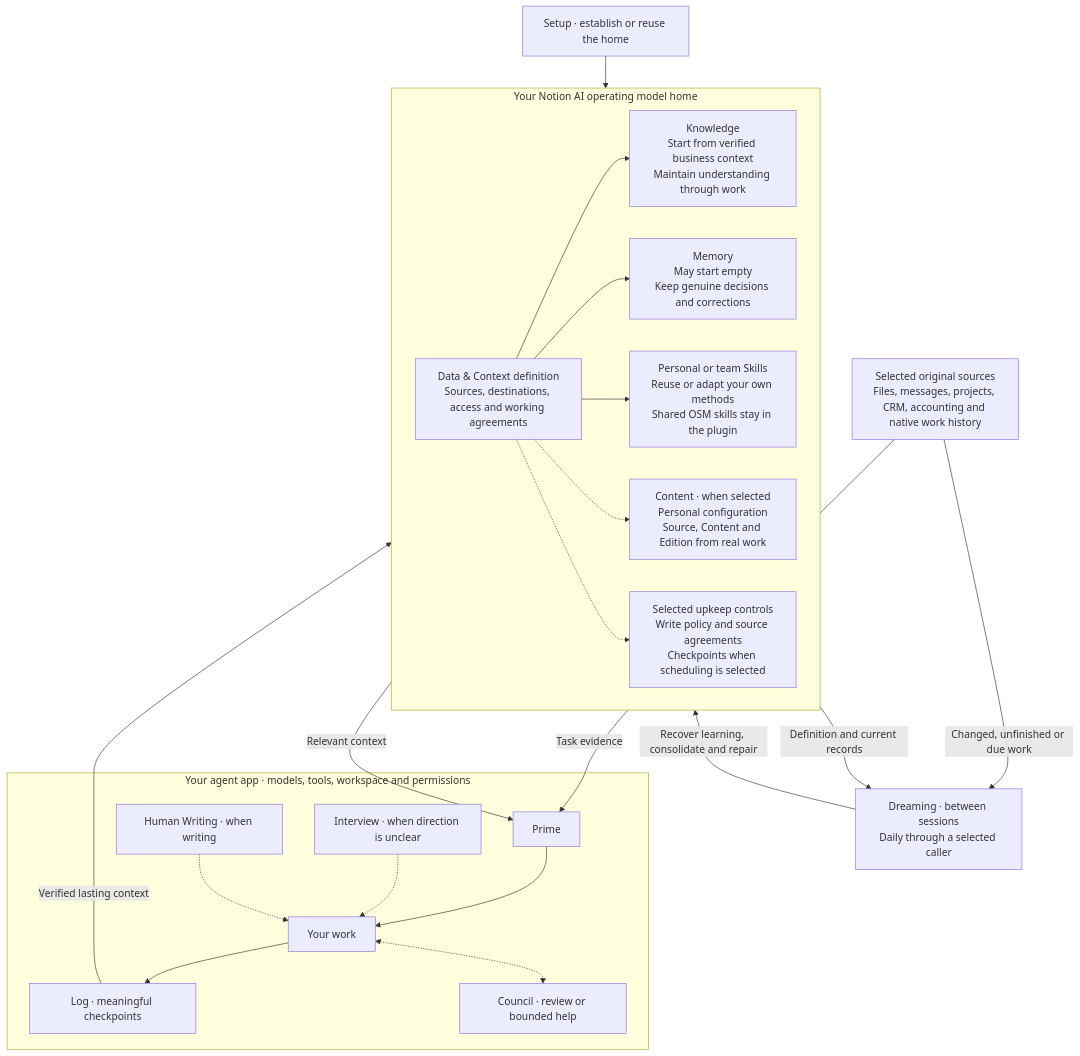
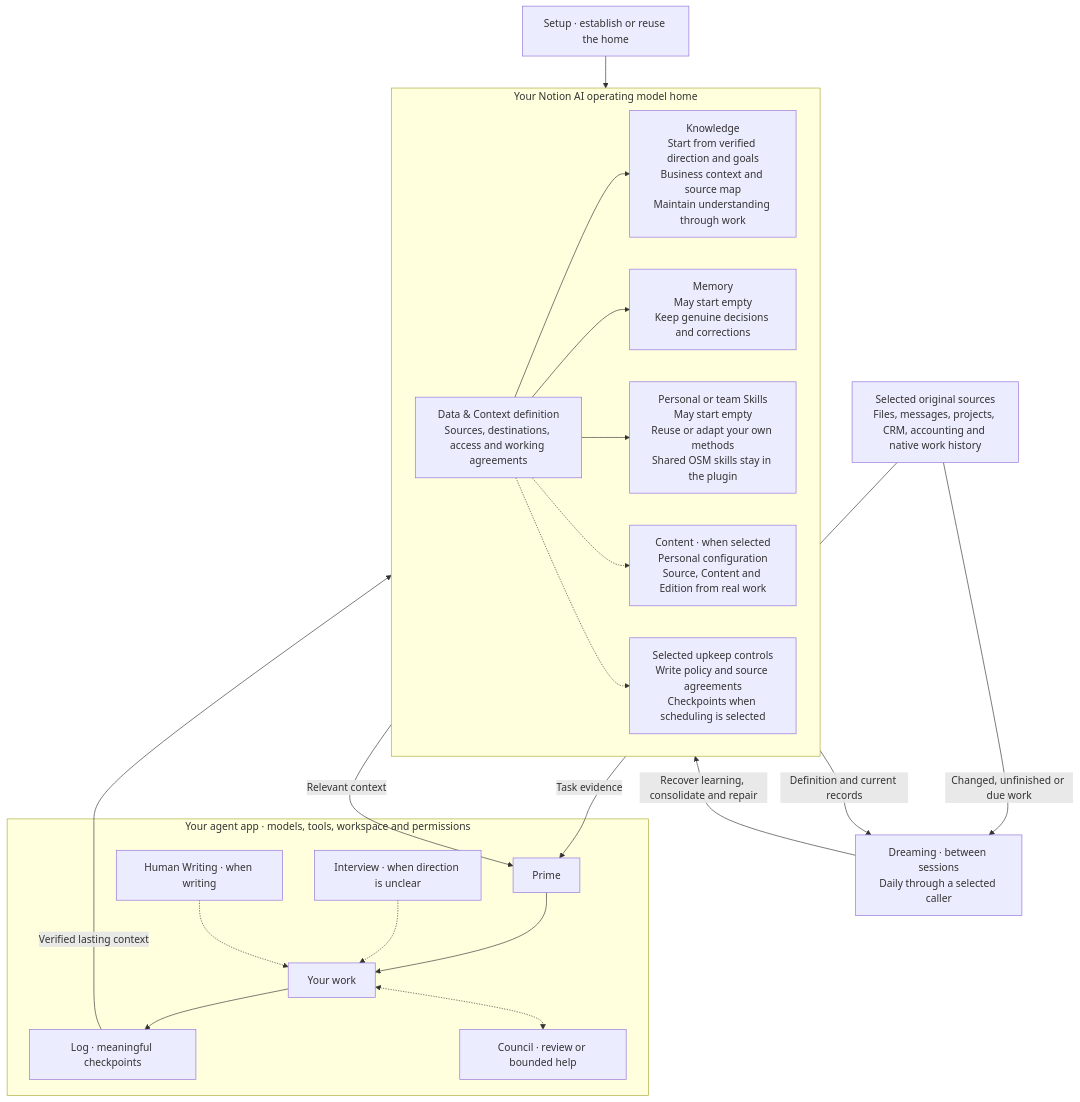
The diagram in docs-publisher/originals/notion.guide.diagram.md (onlinesourdough/OSM-plugin), drawn with Mermaid before and after one commit. The commit also changed other lines of this file and 10 other files, not shown here.

Commit message:
Clarify direction and optional personal methods in the verified diagram

````diff
--- a/docs-publisher/originals/notion.guide.diagram.md
+++ b/docs-publisher/originals/notion.guide.diagram.md
@@ -16,36 +16,36 @@
 ```mermaid
 flowchart TB
   SETUP["Setup · establish or reuse the home"]
   SOURCES["Selected original sources<br/>Files, messages, projects, CRM, accounting and native work history"]
   subgraph AGENT["Your agent app · models, tools, workspace and permissions"]
     PRIME["Prime"]
     WORK["Your work"]
     LOG["Log · meaningful checkpoints"]
     INTERVIEW["Interview · when direction is unclear"]
     WRITING["Human Writing · when writing"]
     COUNCIL["Council · review or bounded help"]
     PRIME --> WORK --> LOG
     INTERVIEW -.-> WORK
     WRITING -.-> WORK
     WORK <-.-> COUNCIL
   end
   subgraph HOME["Your Notion AI operating model home"]
     DEFINITION["Data & Context definition<br/>Sources, destinations, access and working agreements"]
-    KNOWLEDGE["Knowledge<br/>Start from verified business context<br/>Maintain understanding through work"]
+    KNOWLEDGE["Knowledge<br/>Start from verified direction and goals<br/>Business context and source map<br/>Maintain understanding through work"]
     MEMORY["Memory<br/>May start empty<br/>Keep genuine decisions and corrections"]
-    SKILLS["Personal or team Skills<br/>Reuse or adapt your own methods<br/>Shared OSM skills stay in the plugin"]
+    SKILLS["Personal or team Skills<br/>May start empty<br/>Reuse or adapt your own methods<br/>Shared OSM skills stay in the plugin"]
     CONTENT["Content · when selected<br/>Personal configuration<br/>Source, Content and Edition from real work"]
     DEFINITION --> KNOWLEDGE & MEMORY & SKILLS
     DEFINITION -.-> CONTENT
     CONTROLS["Selected upkeep controls<br/>Write policy and source agreements<br/>Checkpoints when scheduling is selected"]
     DEFINITION -.-> CONTROLS
   end
   DREAM["Dreaming · between sessions<br/>Daily through a selected caller"]
   SETUP --> HOME
   HOME -->|"Relevant context"| PRIME
   SOURCES -->|"Task evidence"| PRIME
   LOG -->|"Verified lasting context"| HOME
   HOME -->|"Definition and current records"| DREAM
   SOURCES -->|"Changed, unfinished or due work"| DREAM
   DREAM -->|"Recover learning, consolidate and repair"| HOME
 ```
````
